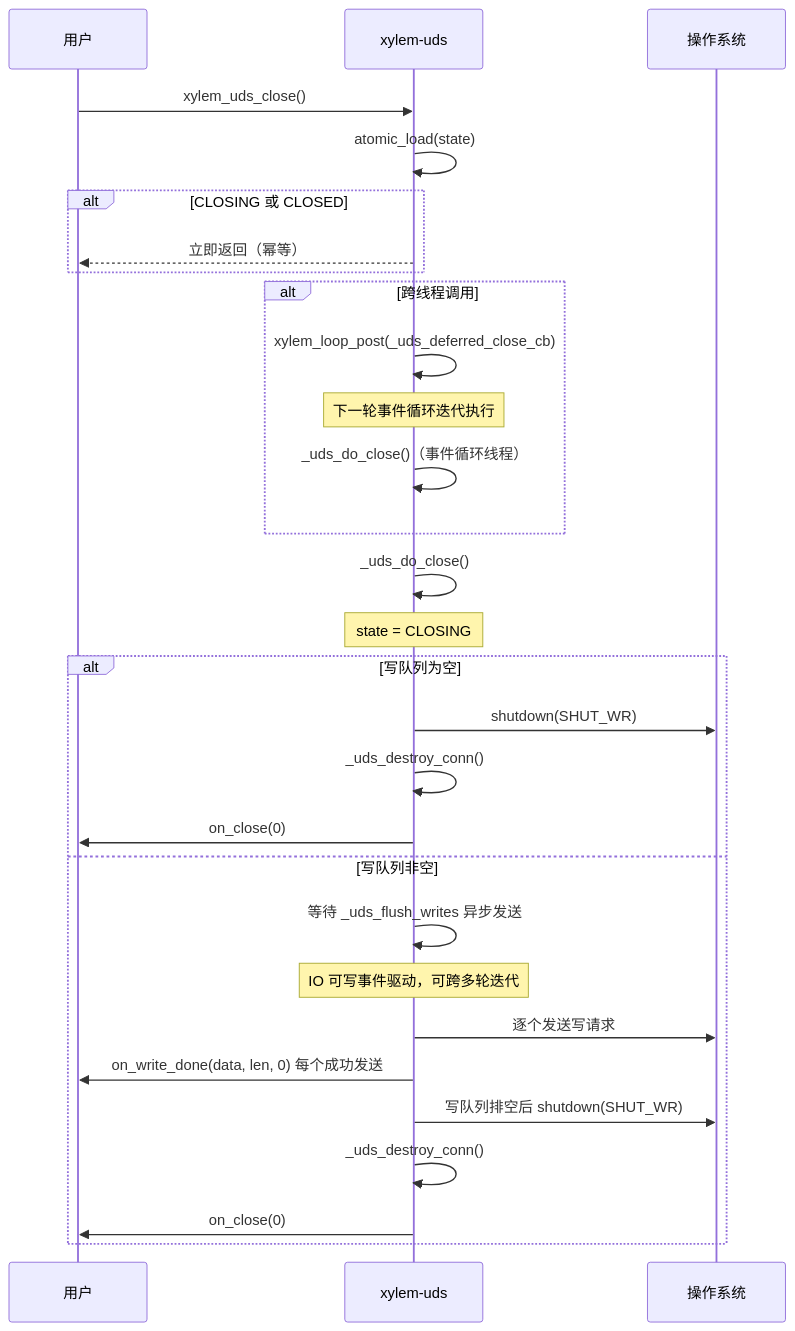
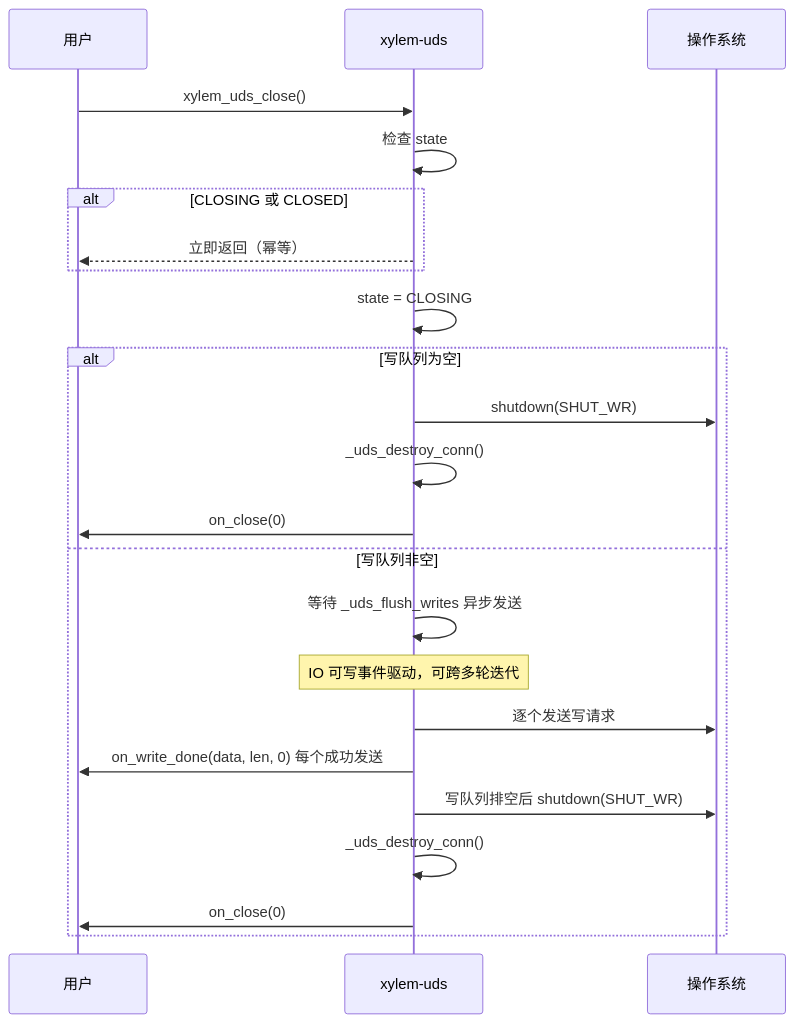
Before and after one commit to MeristemForge/Xylem: the fourth of 7 diagrams in docs/uds-design.md, drawn with Mermaid. The commit also changed other lines of this file and 31 other files, not shown here.

````diff
--- a/docs/uds-design.md
+++ b/docs/uds-design.md
@@ -331,32 +325,26 @@
 ```mermaid
 sequenceDiagram
     participant User as 用户
     participant UDS as xylem-uds
     participant OS as 操作系统
 
     User->>UDS: xylem_uds_close()
-    UDS->>UDS: atomic_load(state)
+    UDS->>UDS: 检查 state
     alt CLOSING 或 CLOSED
         UDS-->>User: 立即返回（幂等）
     end
-    alt 跨线程调用
-        UDS->>UDS: xylem_loop_post(_uds_deferred_close_cb)
-        Note over UDS: 下一轮事件循环迭代执行
-        UDS->>UDS: _uds_do_close()（事件循环线程）
-    end
-    UDS->>UDS: _uds_do_close()
-    Note over UDS: state = CLOSING
+    UDS->>UDS: state = CLOSING
     alt 写队列为空
         UDS->>OS: shutdown(SHUT_WR)
         UDS->>UDS: _uds_destroy_conn()
         UDS->>User: on_close(0)
     else 写队列非空
         UDS->>UDS: 等待 _uds_flush_writes 异步发送
         Note over UDS: IO 可写事件驱动，可跨多轮迭代
         UDS->>OS: 逐个发送写请求
         UDS->>User: on_write_done(data, len, 0) 每个成功发送
         UDS->>OS: 写队列排空后 shutdown(SHUT_WR)
         UDS->>UDS: _uds_destroy_conn()
         UDS->>User: on_close(0)
     end
 ```
````
